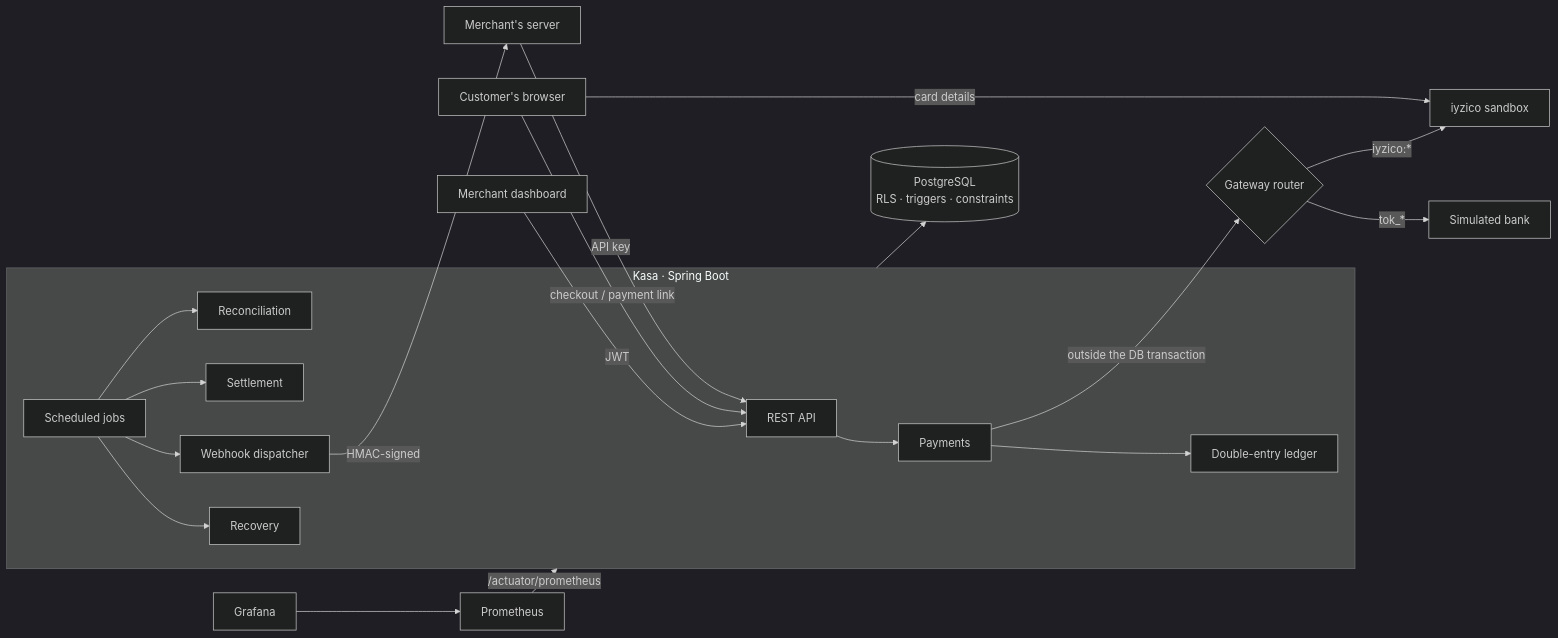
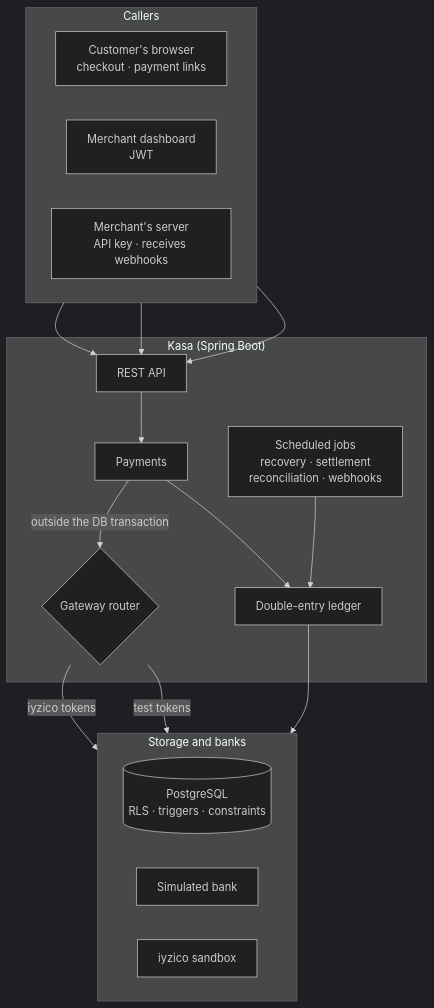
Before and after one commit to Fatihbk67/Kasa: the first of 2 diagrams in README.md, drawn with Mermaid (dark theme).

Commit message:
Make the README's architecture diagram readable
On GitHub the left-to-right diagram came out about 1,800 pixels wide and was
shrunk until its labels could not be read. It now runs top to bottom in three
rows (callers, Kasa, storage and banks), with every arrow pointing down, and
fits the README column at full size.

````diff
--- a/README.md
+++ b/README.md
@@ -76,22 +76,31 @@
 ```mermaid
-flowchart LR
-    C[Customer's browser] -->|checkout / payment link| API
-    M[Merchant dashboard] -->|JWT| API
-    S[Merchant's server] -->|API key| API
-    subgraph Kasa [Kasa · Spring Boot]
-        API[REST API] --> P[Payments]
-        P --> L[Double-entry ledger]
-        J[Scheduled jobs] --> R[Recovery]
-        J --> D[Webhook dispatcher]
-        J --> SE[Settlement]
-        J --> MU[Reconciliation]
+flowchart TB
+    subgraph callers ["Callers"]
+        direction LR
+        C["Customer's browser<br/>checkout · payment links"]
+        M["Merchant dashboard<br/>JWT"]
+        S["Merchant's server<br/>API key · receives webhooks"]
     end
-    P -->|outside the DB transaction| RB{Gateway router}
-    RB -->|tok_*| B[Simulated bank]
-    RB -->|iyzico:*| IY[iyzico sandbox]
-    C -->|card details| IY
-    Kasa --> DB[(PostgreSQL<br/>RLS · triggers · constraints)]
-    D -->|HMAC-signed| S
-    PR[Prometheus] -->|/actuator/prometheus| Kasa
-    G[Grafana] --> PR
+
+    subgraph kasa ["Kasa (Spring Boot)"]
+        API["REST API"] --> P["Payments"]
+        J["Scheduled jobs<br/>recovery · settlement<br/>reconciliation · webhooks"]
+        P --> L["Double-entry ledger"]
+        J --> L
+        P -->|"outside the DB transaction"| RB{"Gateway router"}
+    end
+
+    subgraph outside ["Storage and banks"]
+        direction LR
+        DB[("PostgreSQL<br/>RLS · triggers · constraints")]
+        B["Simulated bank"]
+        IY["iyzico sandbox"]
+    end
+
+    C --> API
+    M --> API
+    S --> API
+    L --> DB
+    RB -->|"test tokens"| B
+    RB -->|"iyzico tokens"| IY
 ```
````
